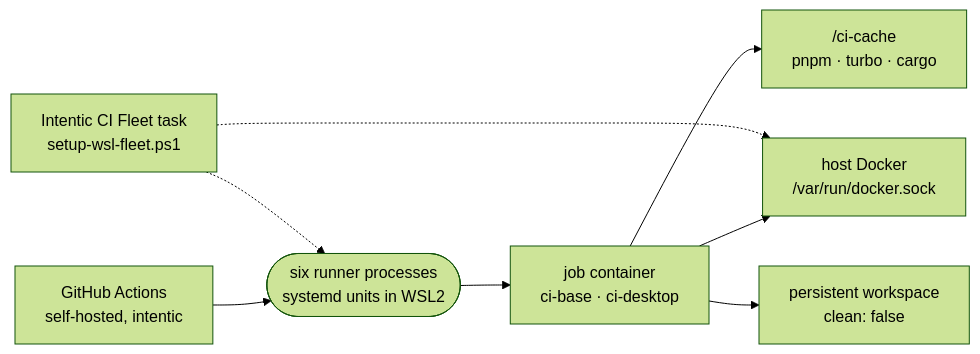
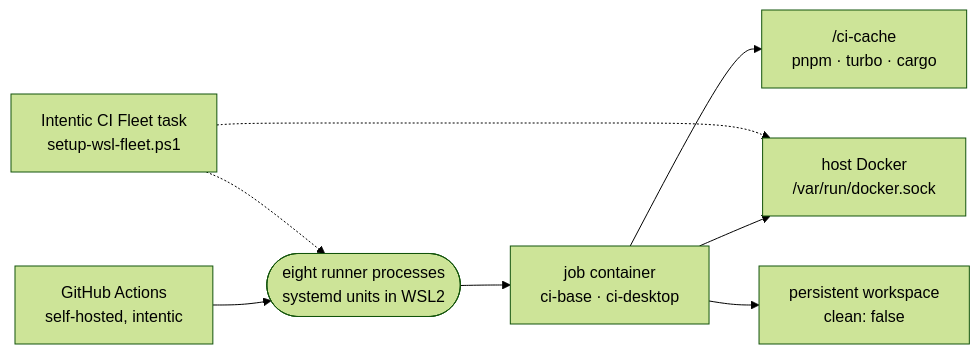
The diagram in docs/ops/ci-runner.md (intentic/intentic), drawn with Mermaid (forest theme) before and after one commit. The commit also changed other lines of this file and 17 other files, not shown here.

Commit message:
build(ci): add intentic-light runner lane and TEST_SLOTS_RESERVED band

````diff
--- a/docs/ops/ci-runner.md
+++ b/docs/ops/ci-runner.md
@@ -5,10 +5,10 @@
 ```mermaid
 flowchart LR
-    gh["GitHub Actions<br/>self-hosted, intentic"] --> fleet(["six runner processes<br/>systemd units in WSL2"])
+    gh["GitHub Actions<br/>self-hosted, intentic"] --> fleet(["eight runner processes<br/>systemd units in WSL2"])
     fleet --> job["job container<br/>ci-base · ci-desktop"]
     job --> sock["host Docker<br/>/var/run/docker.sock"]
     job --> cache["/ci-cache<br/>pnpm · turbo · cargo"]
     job --> ws["persistent workspace<br/>clean: false"]
     task["Intentic CI Fleet task<br/>setup-wsl-fleet.ps1"] -.-> fleet
     task -.-> sock
 ```
````
